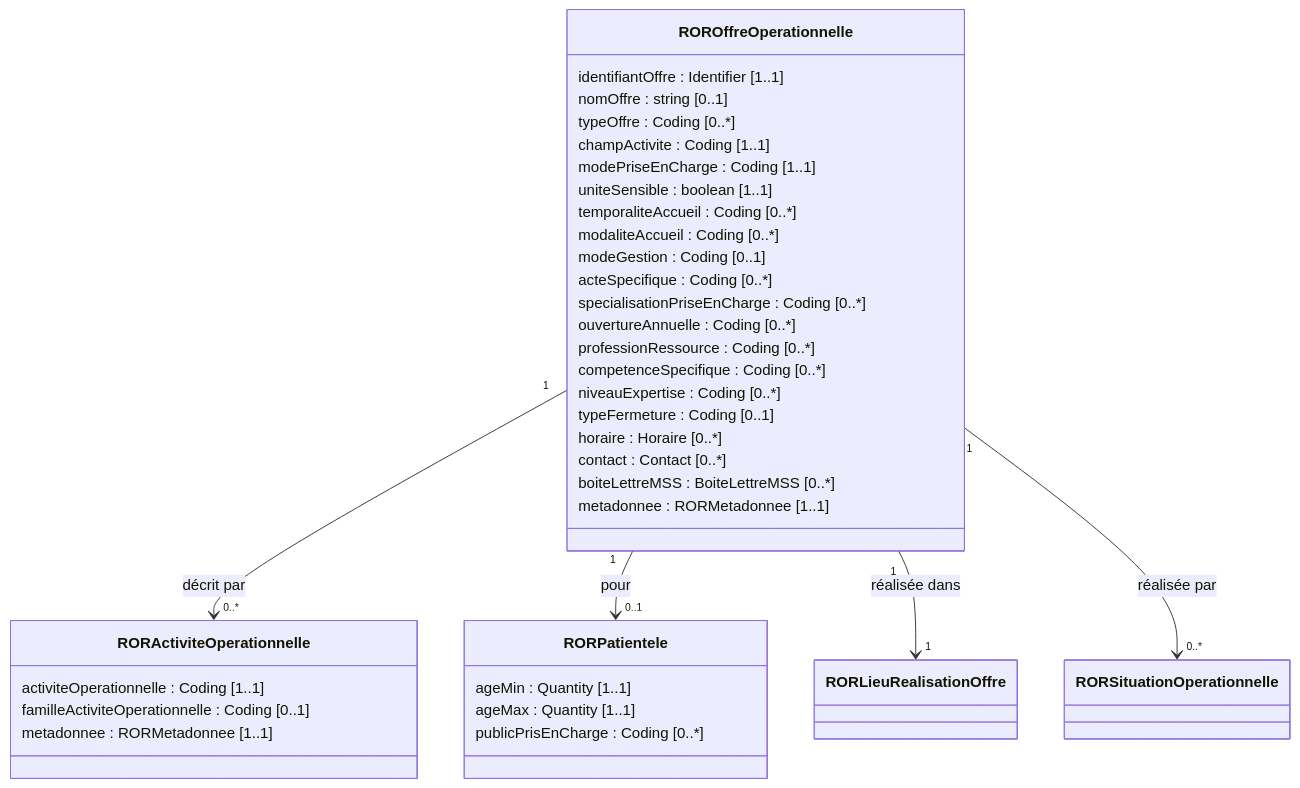
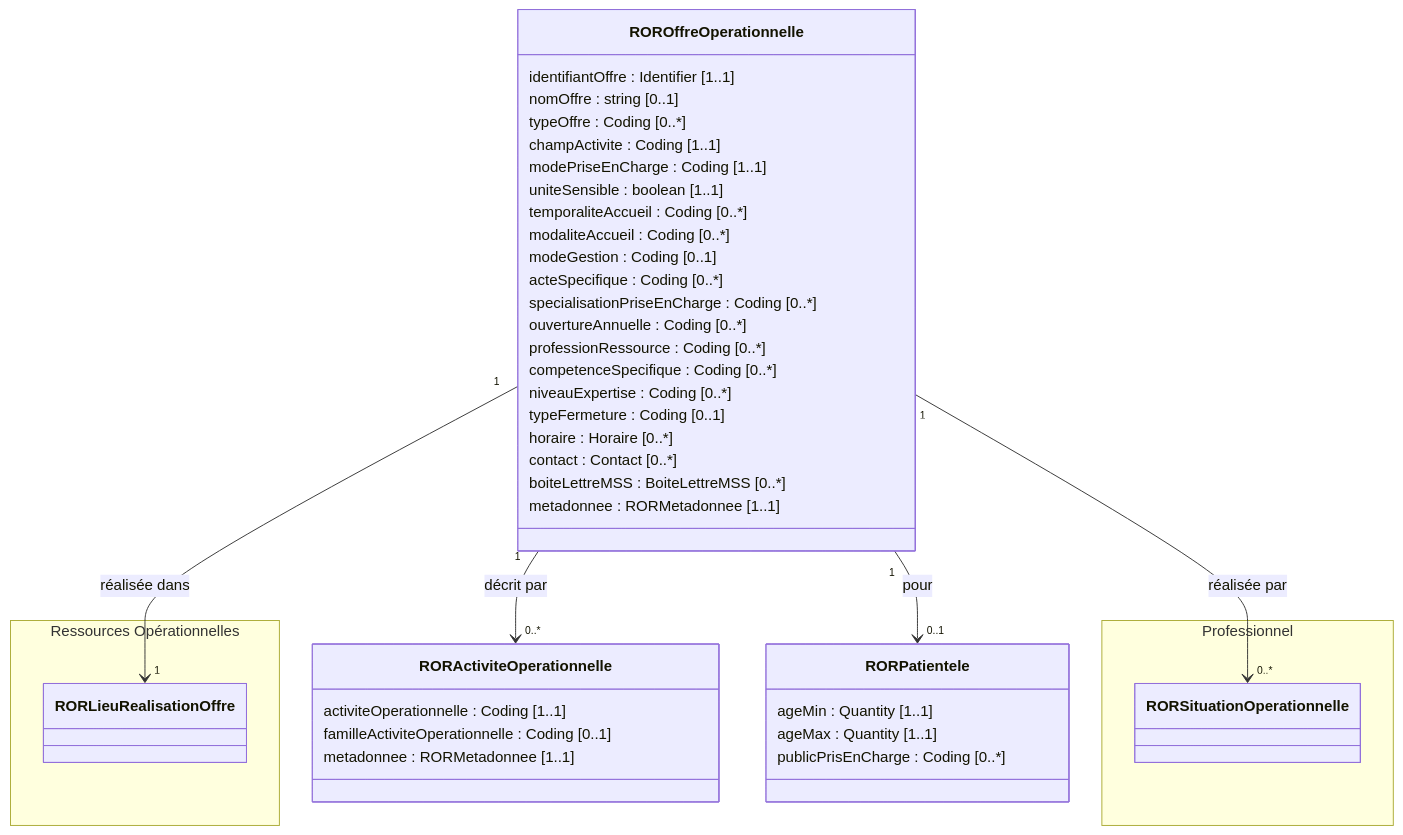
One commit to nriss/test-ml-ror changed the diagram in input/pagecontent/offre-operationnelle.md. Above: the diagram before and after it, drawn with Mermaid. The commit also changed 4 other files, not shown here.

Commit message:
up mermaid

```diff
--- a/input/pagecontent/offre-operationnelle.md
+++ b/input/pagecontent/offre-operationnelle.md
@@ -16,51 +16,55 @@
 <div class="mermaid">
 classDiagram
     class Offre["ROROffreOperationnelle"] {
         identifiantOffre : Identifier [1..1]
         nomOffre : string [0..1]
         typeOffre : Coding [0..*]
         champActivite : Coding [1..1]
         modePriseEnCharge : Coding [1..1]
         uniteSensible : boolean [1..1]
         temporaliteAccueil : Coding [0..*]
         modaliteAccueil : Coding [0..*]
         modeGestion : Coding [0..1]
         acteSpecifique : Coding [0..*]
         specialisationPriseEnCharge : Coding [0..*]
         ouvertureAnnuelle : Coding [0..*]
         professionRessource : Coding [0..*]
         competenceSpecifique : Coding [0..*]
         niveauExpertise : Coding [0..*]
         typeFermeture : Coding [0..1]
         horaire : Horaire [0..*]
         contact : Contact [0..*]
         boiteLettreMSS : BoiteLettreMSS [0..*]
         metadonnee : RORMetadonnee [1..1]
     }
 
     class AO["RORActiviteOperationnelle"] {
         activiteOperationnelle : Coding [1..1]
         familleActiviteOperationnelle : Coding [0..1]
         metadonnee : RORMetadonnee [1..1]
     }
 
     class Pat["RORPatientele"] {
         ageMin : Quantity [1..1]
         ageMax : Quantity [1..1]
         publicPrisEnCharge : Coding [0..*]
     }
 
-    class Lieu["RORLieuRealisationOffre"]
-    class SitOp["RORSituationOperationnelle"]
+    namespace RessourcesOperationnelles["Ressources Opérationnelles"] {
+        class Lieu["RORLieuRealisationOffre"]
+    }
+    namespace Professionnel["Professionnel"] {
+        class SitOp["RORSituationOperationnelle"]
+    }
 
     Offre "1" --> "0..*" AO : décrit par
     Offre "1" --> "0..1" Pat : pour
     Offre "1" --> "1" Lieu : réalisée dans
     Offre "1" --> "0..*" SitOp : réalisée par
 
     click Offre href "StructureDefinition-ror-offre-operationnelle.html" "ROROffreOperationnelle"
     click AO href "StructureDefinition-ror-activite-operationnelle.html" "RORActiviteOperationnelle"
     click Pat href "StructureDefinition-ror-patientele.html" "RORPatientele"
     click Lieu href "StructureDefinition-ror-lieu-realisation-offre.html" "RORLieuRealisationOffre"
     click SitOp href "StructureDefinition-ror-situation-operationnelle.html" "RORSituationOperationnelle"
 </div>
```
